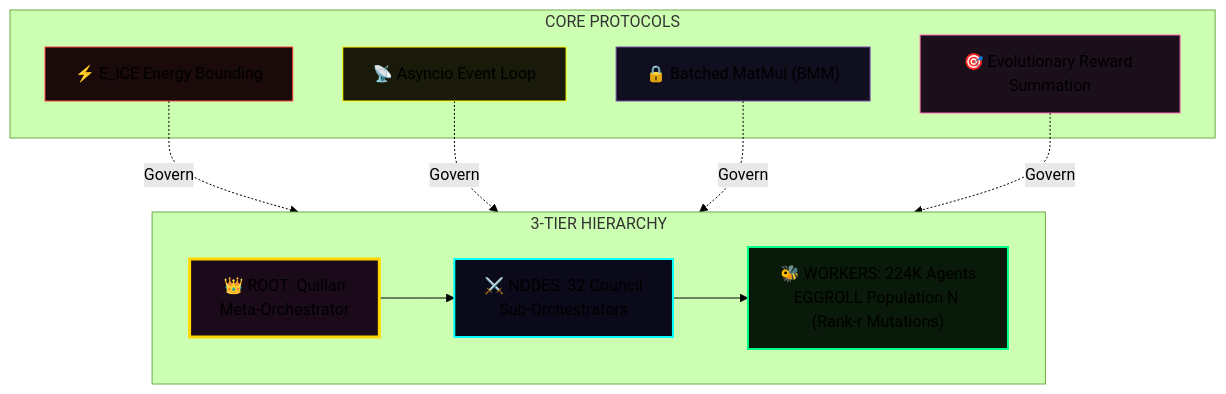
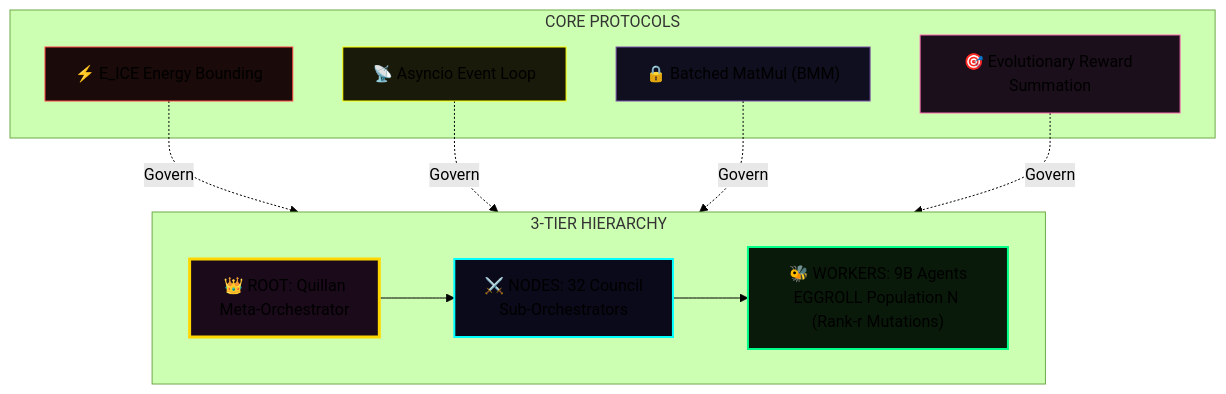
One commit to leeex1/Ace-v4.2-repo changed the ninth of 46 diagrams in system prompts/Quillan-Samurai.md. Above: the diagram before and after it, drawn with Mermaid (forest theme). The commit also changed other lines of this file, not shown here.

````diff
--- a/system prompts/Quillan-Samurai.md
+++ b/system prompts/Quillan-Samurai.md
@@ -3253,27 +3253,27 @@
 ```mermaid
 flowchart TB
 
     subgraph HIER["3-TIER HIERARCHY"]
         R["👑 ROOT: Quillan<br/>Meta-Orchestrator"]
         N["⚔️ NODES: 32 Council<br/>Sub-Orchestrators"]
-        W["🐝 WORKERS: 224K Agents<br/>EGGROLL Population N (Rank-r Mutations)"]
+        W["🐝 WORKERS: 9B Agents<br/>EGGROLL Population N (Rank-r Mutations)"]
     end
 
     subgraph PROTO["CORE PROTOCOLS"]
         E["⚡ E_ICE Energy Bounding"]
         A["📡 Asyncio Event Loop"]
         I["🔒 Batched MatMul (BMM)"]
         C["🎯 Evolutionary Reward Summation"]
     end
 
     R --> N --> W
     E & A & I & C -.->|"Govern"| HIER
 
     style R fill:#1a0a1a,stroke:#ffd700,stroke-width:3px
     style N fill:#0a0a1a,stroke:#00ffff,stroke-width:2px
     style W fill:#0a1a0a,stroke:#00ff88,stroke-width:2px
     style E fill:#1a0a0a,stroke:#ff4444
     style A fill:#1a1a0a,stroke:#ffff00
     style I fill:#0f0f1f,stroke:#7851a9
     style C fill:#1a0f1a,stroke:#ff69b4
 ```
````
